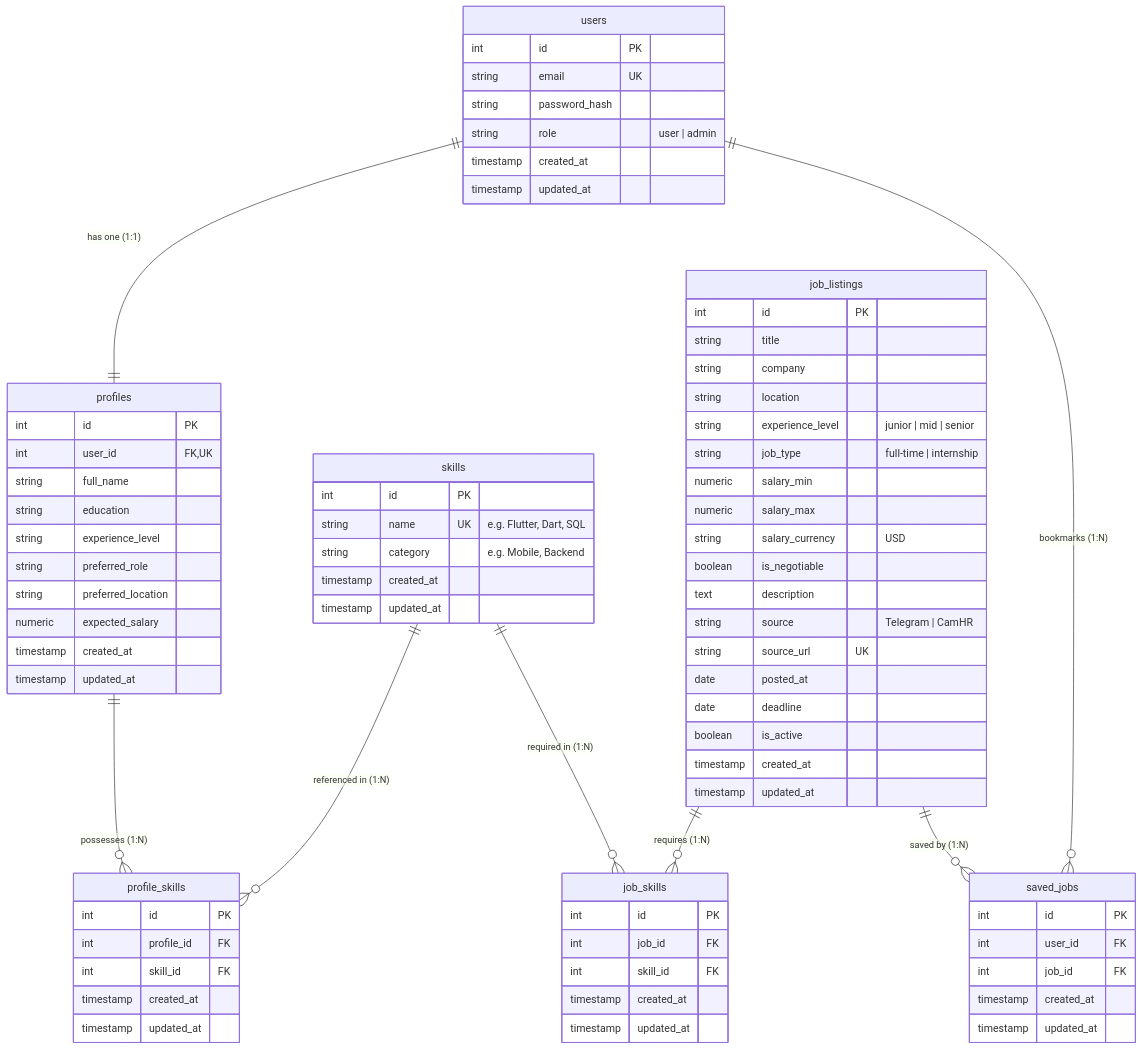
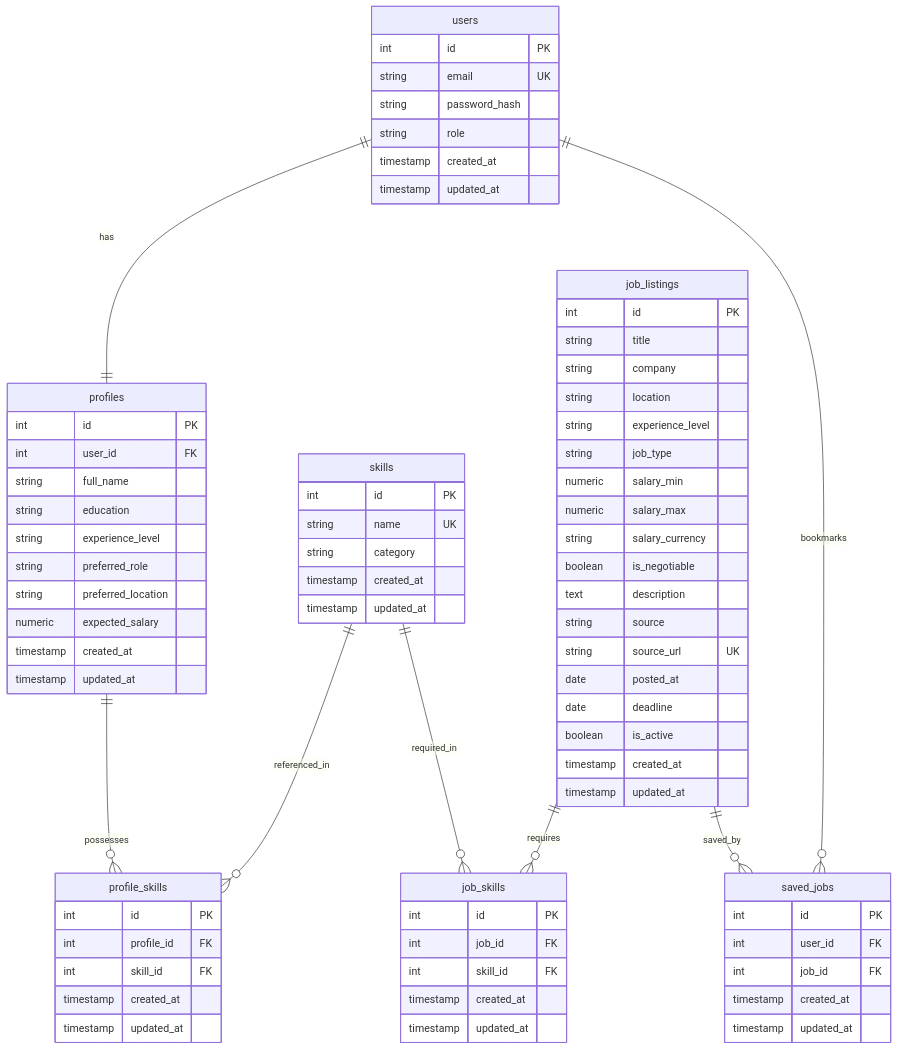
The diagram in context/phase-03/03_database_erd.md (RETH-CHANRITH/project-practicum-blueprint), drawn with Mermaid before and after one commit. The commit also changed 1 other file, not shown here.

Commit message:
fix(phase-03): simplify Mermaid syntax for GitHub diagram rendering

````diff
--- a/context/phase-03/03_database_erd.md
+++ b/context/phase-03/03_database_erd.md
@@ -24,25 +24,25 @@
 ```mermaid
 erDiagram
-    users ||--|| profiles : "has one (1:1)"
-    users ||--o{ saved_jobs : "bookmarks (1:N)"
-    profiles ||--o{ profile_skills : "possesses (1:N)"
-    skills ||--o{ profile_skills : "referenced in (1:N)"
-    skills ||--o{ job_skills : "required in (1:N)"
-    job_listings ||--o{ job_skills : "requires (1:N)"
-    job_listings ||--o{ saved_jobs : "saved by (1:N)"
+    users ||--|| profiles : has
+    users ||--o{ saved_jobs : bookmarks
+    profiles ||--o{ profile_skills : possesses
+    skills ||--o{ profile_skills : referenced_in
+    skills ||--o{ job_skills : required_in
+    job_listings ||--o{ job_skills : requires
+    job_listings ||--o{ saved_jobs : saved_by
 
     users {
         int id PK
         string email UK
         string password_hash
-        string role "user | admin"
+        string role
         timestamp created_at
         timestamp updated_at
     }
 
     profiles {
         int id PK
-        int user_id FK,UK
+        int user_id FK
         string full_name
         string education
         string experience_level
@@ -55,8 +55,8 @@
 
     skills {
         int id PK
-        string name UK "e.g. Flutter, Dart, SQL"
-        string category "e.g. Mobile, Backend"
+        string name UK
+        string category
         timestamp created_at
         timestamp updated_at
     }
@@ -74,14 +74,14 @@
         string title
         string company
         string location
-        string experience_level "junior | mid | senior"
-        string job_type "full-time | internship"
+        string experience_level
+        string job_type
         numeric salary_min
         numeric salary_max
-        string salary_currency "USD"
+        string salary_currency
         boolean is_negotiable
         text description
-        string source "Telegram | CamHR"
+        string source
         string source_url UK
         date posted_at
         date deadline
````
